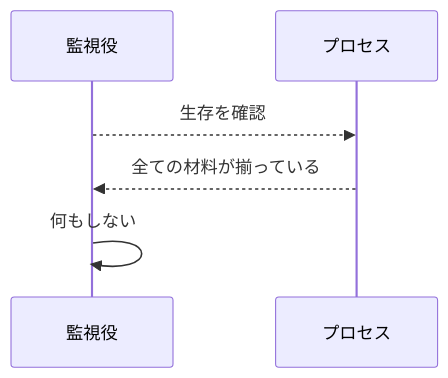
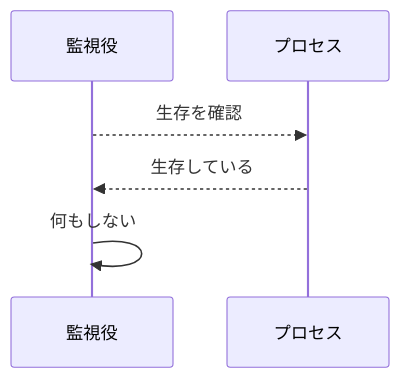
Before and after one commit to shuhei1101/ai-monitor: the second of 9 diagrams in docs/wiki/設計図/インターフェース定義/バックエンド/死活検知.py.md, drawn with Mermaid. The commit also changed other lines of this file and 17 other files, not shown here.

````diff
--- a/docs/wiki/設計図/インターフェース定義/バックエンド/死活検知.py.md
+++ b/docs/wiki/設計図/インターフェース定義/バックエンド/死活検知.py.md
@@ -80,9 +87,9 @@
 ```mermaid
 sequenceDiagram
   participant W as 監視役
   participant P as プロセス
 
   W-->>P: 生存を確認
-  P-->>W: 全ての材料が揃っている
+  P-->>W: 生存している
   W->>W: 何もしない
 ```
````
